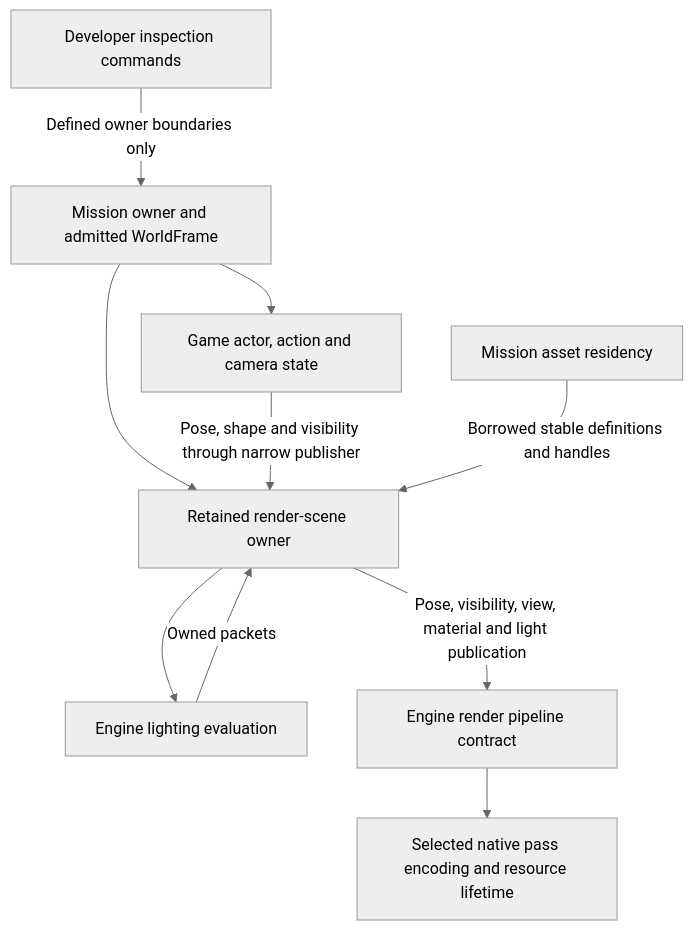
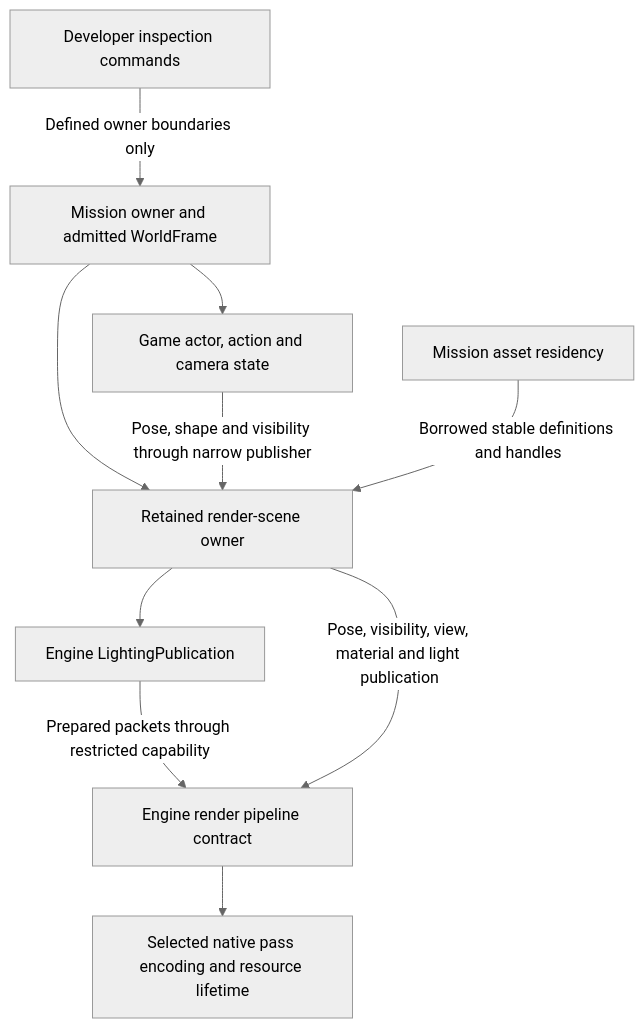
The fourth of 4 diagrams in docs/architecture/current-ownership.md (plainsight-systems/bullet-witch), drawn with Mermaid (neutral theme) before and after one commit. The commit also changed other lines of this file and 28 other files, not shown here.

Commit message:
Separate scene lighting publication and native output composition

````diff
--- a/docs/architecture/current-ownership.md
+++ b/docs/architecture/current-ownership.md
@@ -165,12 +176,12 @@
 ```mermaid
 flowchart TD
   Mission[Mission owner and admitted WorldFrame] --> Sim[Game actor, action and camera state]
   Mission --> Presentation[Retained render-scene owner]
   Sim -->|Pose, shape and visibility through narrow publisher| Presentation
   Assets[Mission asset residency] -->|Borrowed stable definitions and handles| Presentation
-  Presentation --> Light[Engine lighting evaluation]
-  Light -->|Owned packets| Presentation
+  Presentation --> Light[Engine LightingPublication]
+  Light -->|Prepared packets through restricted capability| Pipeline
   Presentation -->|Pose, visibility, view, material and light publication| Pipeline[Engine render pipeline contract]
   Pipeline --> Backend[Selected native pass encoding and resource lifetime]
   Inspector[Developer inspection commands] -->|Defined owner boundaries only| Mission
 ```
````
